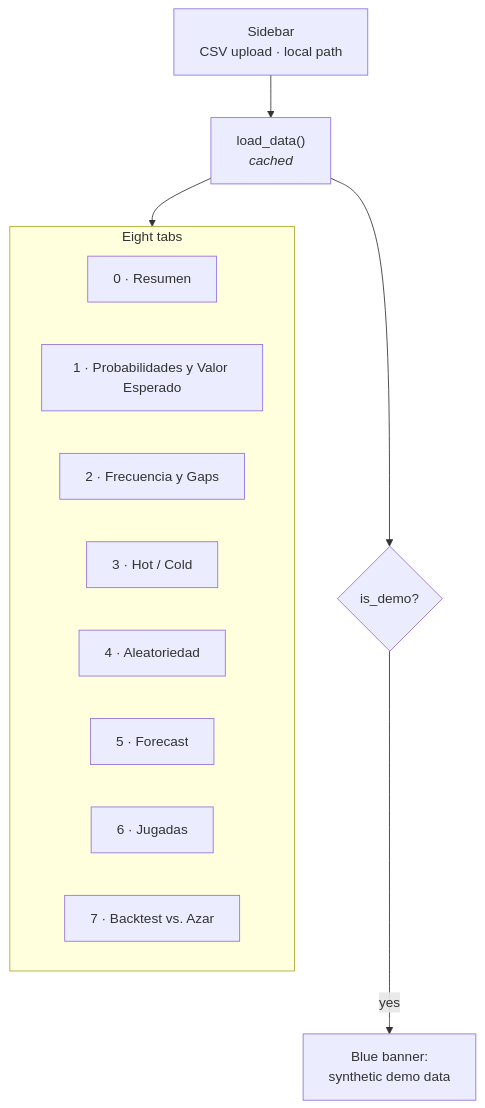
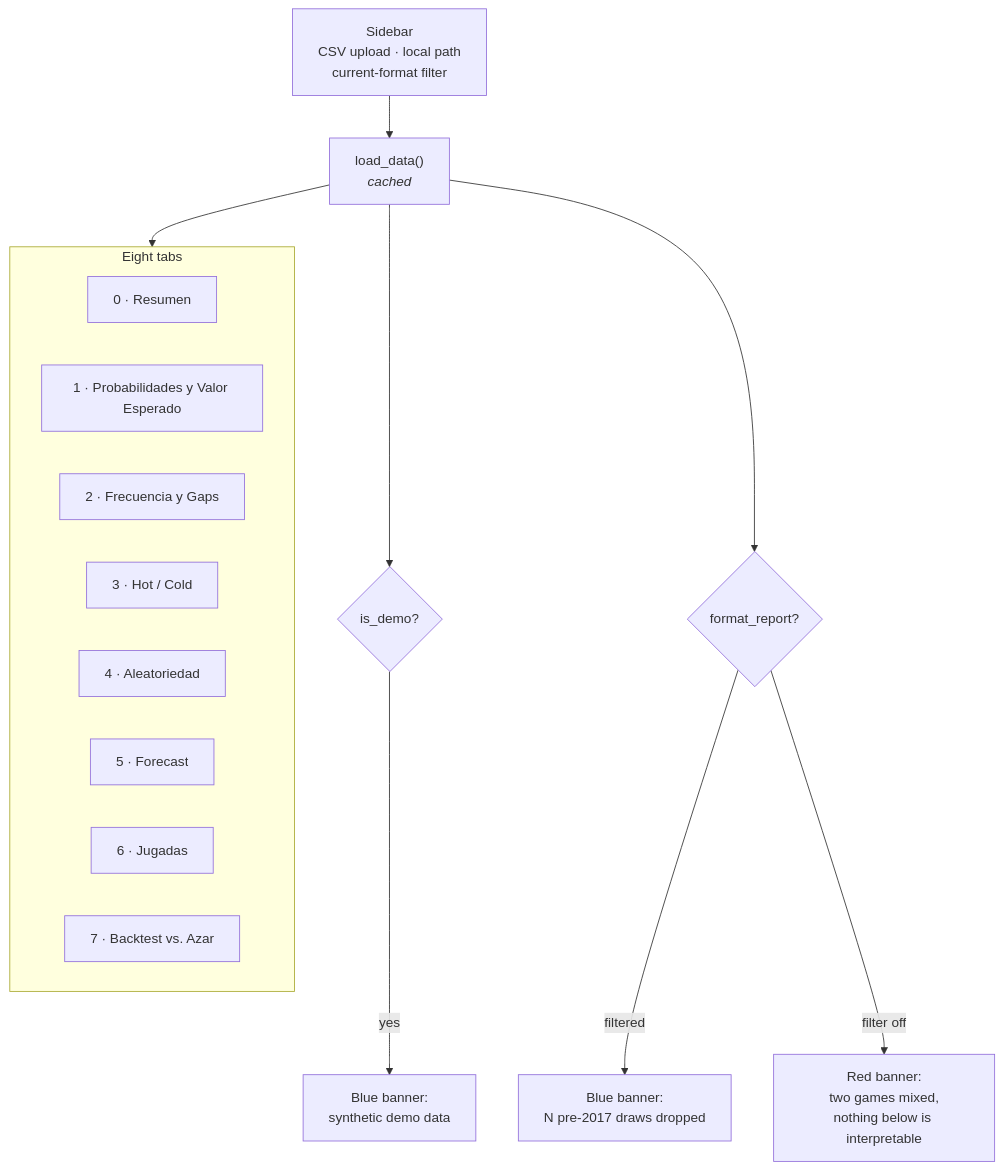
The diagram in docs/dashboard.md (andresfelipe9619/prophet-playground), drawn with Mermaid before and after one commit. The commit also changed other lines of this file and 10 other files, not shown here.

````diff
--- a/docs/dashboard.md
+++ b/docs/dashboard.md
@@ -10,18 +10,21 @@
 ```mermaid
 flowchart TD
-    SIDE["Sidebar<br/>CSV upload · local path"] --> LOAD["load_data()<br/><i>cached</i>"]
+    SIDE["Sidebar<br/>CSV upload · local path<br/>current-format filter"] --> LOAD["load_data()<br/><i>cached</i>"]
     LOAD --> BANNER{"is_demo?"}
     BANNER -->|"yes"| INFO["Blue banner:<br/>synthetic demo data"]
+    LOAD --> FMT{"format_report?"}
+    FMT -->|"filtered"| DROP["Blue banner:<br/>N pre-2017 draws dropped"]
+    FMT -->|"filter off"| MIX["Red banner:<br/>two games mixed,<br/>nothing below is interpretable"]
     LOAD --> T
 
     subgraph T["Eight tabs"]
         T0["0 · Resumen"]
         T1["1 · Probabilidades y Valor Esperado"]
         T2["2 · Frecuencia y Gaps"]
         T3["3 · Hot / Cold"]
         T4["4 · Aleatoriedad"]
         T5["5 · Forecast"]
         T6["6 · Jugadas"]
         T7["7 · Backtest vs. Azar"]
     end
 ```
````
